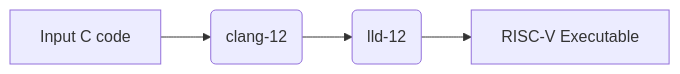
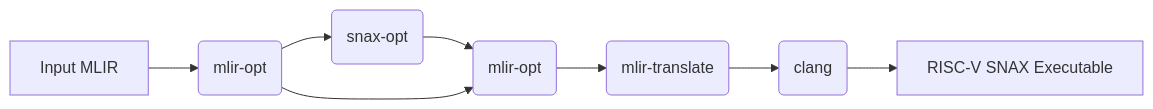
The first of 2 diagrams in README.md (KULeuven-MICAS/snax-mlir), drawn with Mermaid before and after one commit. The commit also changed other lines of this file, not shown here.

````diff
--- a/README.md
+++ b/README.md
@@ -98,6 +11,6 @@
 ```mermaid
 graph LR
-    A[Input C code] --> B(clang-12)
-    B --> C(lld-12)
-    C --> D[RISC-V Executable]
+    A[Input MLIR] --> B(mlir-opt) --> C(snax-opt) --> D(mlir-opt)--> E(mlir-translate) 
+    B --> D
+    E --> F(clang) --> G[RISC-V SNAX Executable]
 ```
````
